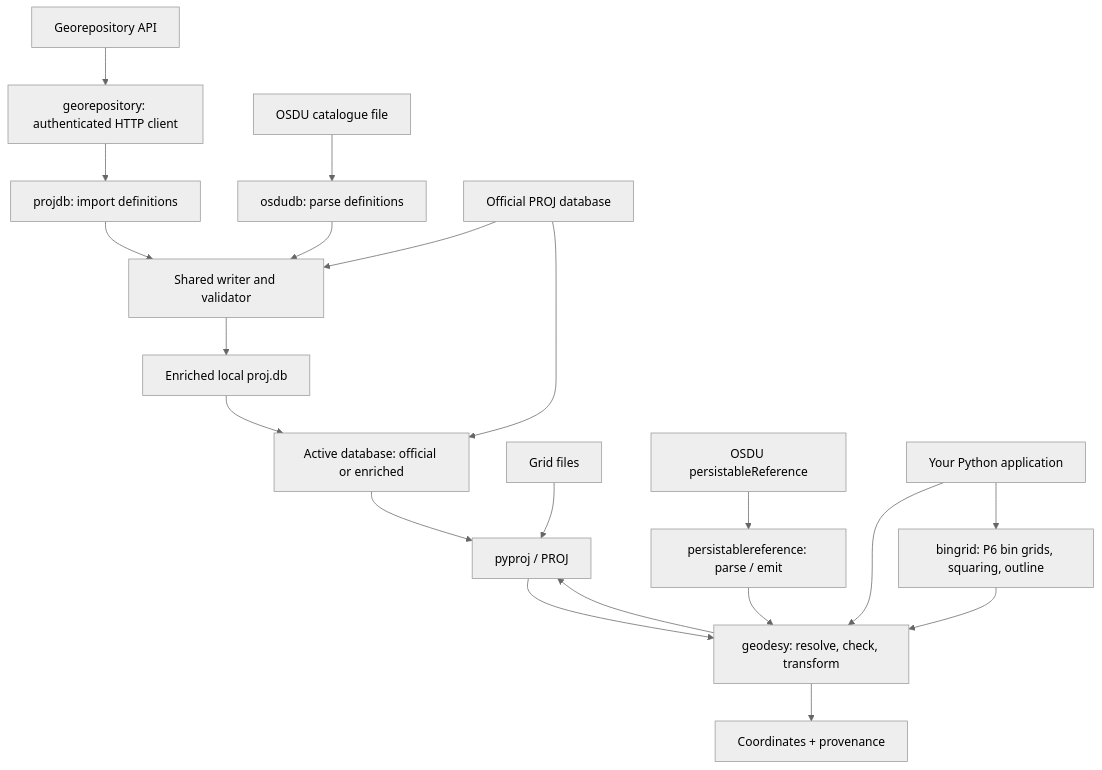
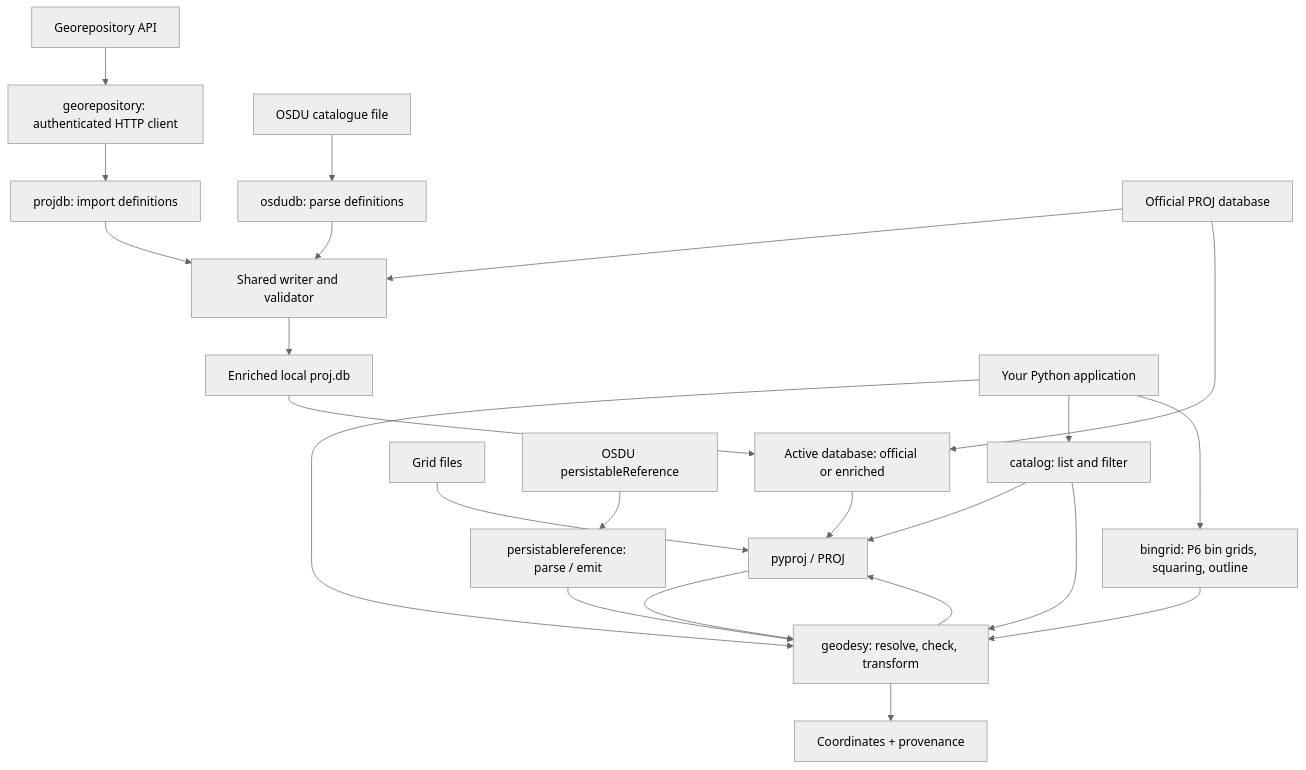
One commit to equinor/geodetic-engine changed the diagram in docs/background/architecture.md. Above: the diagram before and after it, drawn with Mermaid (neutral theme). The commit also changed other lines of this file and 47 other files, not shown here.

````diff
--- a/docs/background/architecture.md
+++ b/docs/background/architecture.md
@@ -8,23 +8,26 @@
 ```mermaid
 flowchart TD
     Geo["Georepository API"] --> Client["georepository: authenticated HTTP client"]
     Client --> Import["projdb: import definitions"]
     OSDU["OSDU catalogue file"] --> Parse["osdudb: parse definitions"]
     Base["Official PROJ database"] --> Writer["Shared writer and validator"]
     Import --> Writer
     Parse --> Writer
     Writer --> Custom["Enriched local proj.db"]
 
     Base --> Active["Active database: official or enriched"]
     Custom --> Active
     Active --> Engine["pyproj / PROJ"]
     Grids["Grid files"] --> Engine
     Payload["OSDU persistableReference"] --> PR["persistablereference: parse / emit"]
     PR --> API
     App["Your Python application"] --> API["geodesy: resolve, check, transform"]
+    App --> Catalog["catalog: list and filter"]
+    Catalog --> Engine
+    Catalog --> API
     API --> Engine
     Engine --> API
     API --> Result["Coordinates + provenance"]
     App --> BinGrid["bingrid: P6 bin grids, squaring, outline"]
     BinGrid --> API
 ```
````
